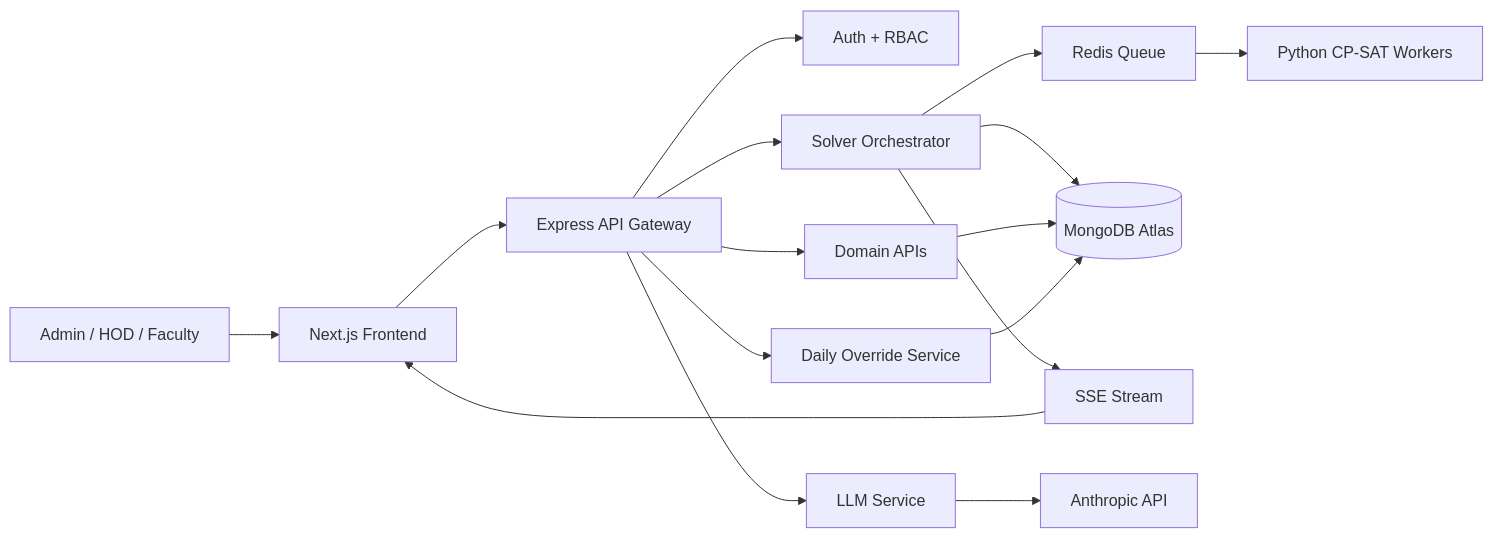
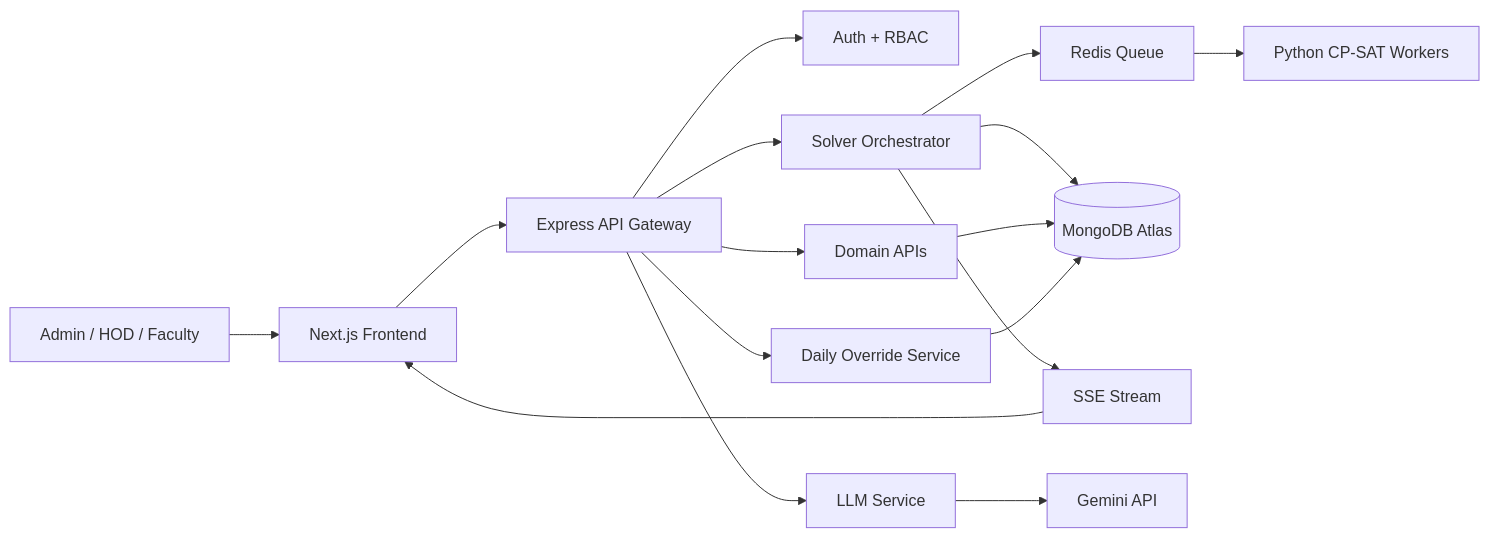
The diagram in architecture.md (ankitku3101/Timetable_Headache), drawn with Mermaid before and after one commit. The commit also changed 3 other files, not shown here.

Commit message:
remove Anthropic, keep Gemini everywhere

````diff
--- a/architecture.md
+++ b/architecture.md
@@ -9,18 +9,18 @@
 ```mermaid
 flowchart LR
   U[Admin / HOD / Faculty] --> FE[Next.js Frontend]
   FE --> API[Express API Gateway]
   API --> AUTH[Auth + RBAC]
   API --> DATA[Domain APIs]
   API --> ORCH[Solver Orchestrator]
   API --> OVR[Daily Override Service]
   ORCH --> REDIS[Redis Queue]
   REDIS --> PY[Python CP-SAT Workers]
   ORCH --> MONGO[(MongoDB Atlas)]
   DATA --> MONGO
   OVR --> MONGO
   ORCH --> SSE[SSE Stream]
   SSE --> FE
   API --> LLM[LLM Service]
-  LLM --> ANTH[Anthropic API]
+  LLM --> GEM[Gemini API]
 ```
````
